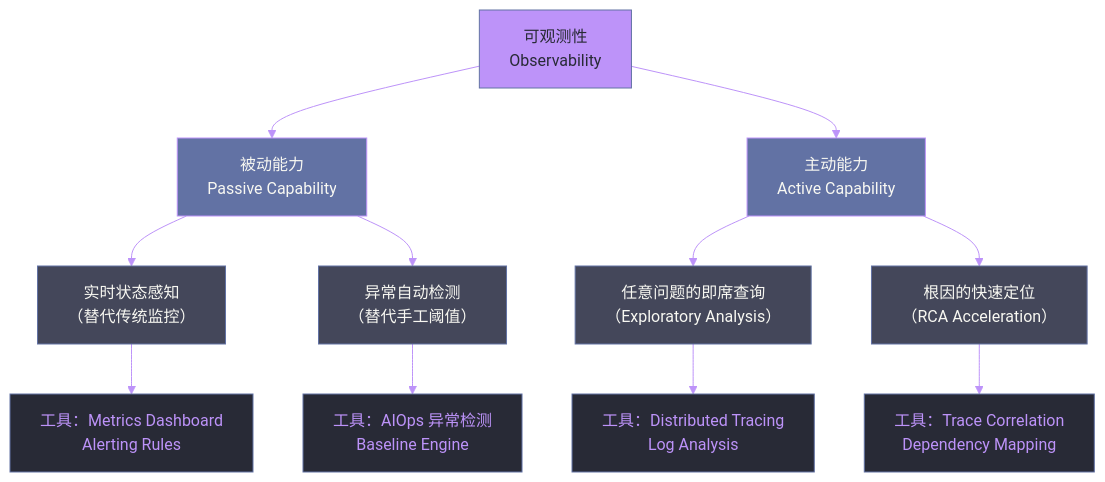
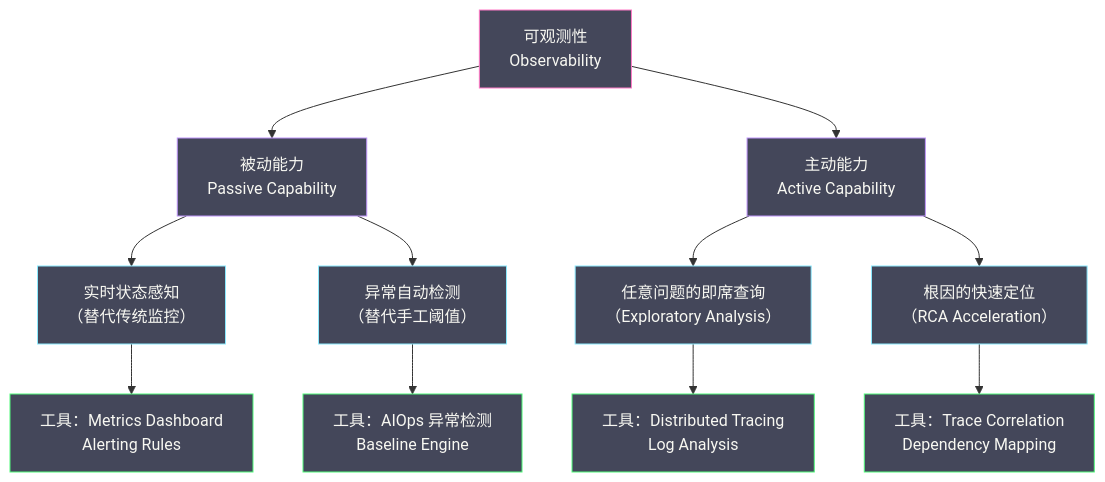
One commit to hpliStartAgain/my-brain changed the first of 4 diagrams in content/可观测/AIOps与可观测性实战/01 可观测性的本质：从监控到认知跃迁.md. Above: the diagram before and after it, drawn with Mermaid. The commit also changed other lines of this file and 511 other files, not shown here.

````diff
--- a/content/可观测/AIOps与可观测性实战/01 可观测性的本质：从监控到认知跃迁.md
+++ b/content/可观测/AIOps与可观测性实战/01 可观测性的本质：从监控到认知跃迁.md
@@ -120,29 +136,27 @@
 ```mermaid
-%%{init: {"theme": "base", "themeVariables": {"primaryColor": "#282a36", "primaryTextColor": "#f8f8f2", "primaryBorderColor": "#6272a4", "lineColor": "#bd93f9", "secondaryColor": "#44475a", "tertiaryColor": "#383a59"}}}%%
+%%{init: {'theme': 'dracula'}}%%
 graph TD
     O["可观测性<br/>Observability"] --> P["被动能力<br/>Passive Capability"]
     O --> A["主动能力<br/>Active Capability"]
-    
+
     P --> P1["实时状态感知<br/>（替代传统监控）"]
     P --> P2["异常自动检测<br/>（替代手工阈值）"]
-    
+
     A --> A1["任意问题的即席查询<br/>（Exploratory Analysis）"]
     A --> A2["根因的快速定位<br/>（RCA Acceleration）"]
-    
+
     P1 --> T1["工具：Metrics Dashboard<br/>Alerting Rules"]
     P2 --> T2["工具：AIOps 异常检测<br/>Baseline Engine"]
     A1 --> T3["工具：Distributed Tracing<br/>Log Analysis"]
     A2 --> T4["工具：Trace Correlation<br/>Dependency Mapping"]
-    
-    style O fill:#bd93f9,stroke:#6272a4,color:#282a36
-    style P fill:#6272a4,stroke:#bd93f9,color:#f8f8f2
-    style A fill:#6272a4,stroke:#bd93f9,color:#f8f8f2
-    style P1 fill:#44475a,stroke:#6272a4,color:#f8f8f2
-    style P2 fill:#44475a,stroke:#6272a4,color:#f8f8f2
-    style A1 fill:#44475a,stroke:#6272a4,color:#f8f8f2
-    style A2 fill:#44475a,stroke:#6272a4,color:#f8f8f2
-    style T1 fill:#282a36,stroke:#6272a4,color:#bd93f9
-    style T2 fill:#282a36,stroke:#6272a4,color:#bd93f9
-    style T3 fill:#282a36,stroke:#6272a4,color:#bd93f9
-    style T4 fill:#282a36,stroke:#6272a4,color:#bd93f9
+
+    classDef root fill:#44475a,stroke:#ff79c6,color:#f8f8f2
+    classDef cap fill:#44475a,stroke:#bd93f9,color:#f8f8f2
+    classDef leaf fill:#44475a,stroke:#8be9fd,color:#f8f8f2
+    classDef tool fill:#44475a,stroke:#50fa7b,color:#f8f8f2
+
+    class O root
+    class P,A cap
+    class P1,P2,A1,A2 leaf
+    class T1,T2,T3,T4 tool
 ```
````
